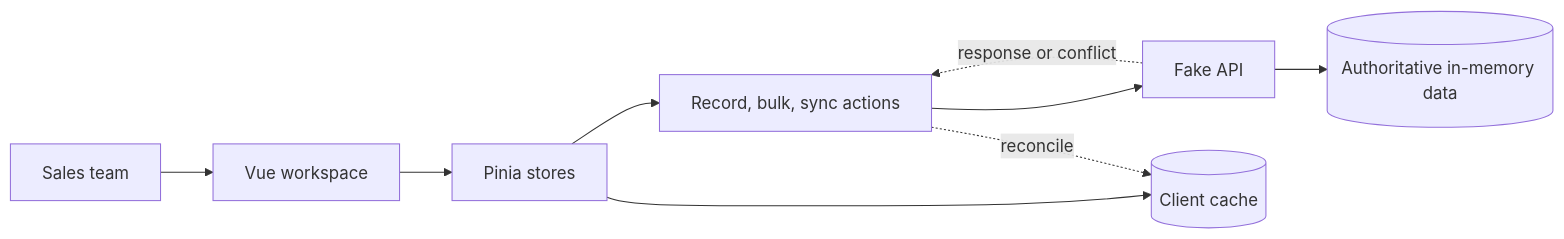
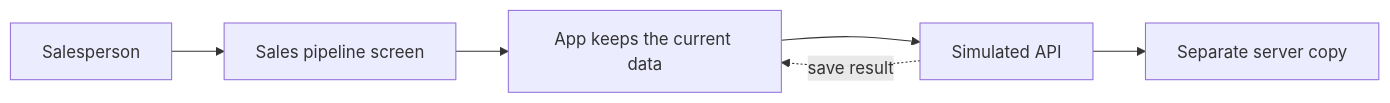
Before and after one commit to Vamsichowdhury/CRM: the diagram in briefing/INTERVIEW_BRIEF.md, drawn with Mermaid. The commit also changed other lines of this file, not shown here.

Commit message:
feat: refine interview brief for FurniCraft sales pipeline with clearer structure and enhanced details

````diff
--- a/briefing/INTERVIEW_BRIEF.md
+++ b/briefing/INTERVIEW_BRIEF.md
@@ -17,11 +17,8 @@
 ```mermaid
 flowchart LR
-  User[Sales team] --> UI[Vue workspace]
-  UI --> Stores[Pinia stores]
-  Stores --> Actions[Record, bulk, sync actions]
-  Actions --> API[Fake API]
-  API --> Server[(Authoritative in-memory data)]
-  Stores --> Cache[(Client cache)]
-  API -. response or conflict .-> Actions
-  Actions -. reconcile .-> Cache
+  User[Salesperson] --> Screen[Sales pipeline screen]
+  Screen --> AppState[App keeps the current data]
+  AppState --> SimAPI[Simulated API]
+  SimAPI --> ServerCopy[Separate server copy]
+  SimAPI -. save result .-> AppState
 ```
````
